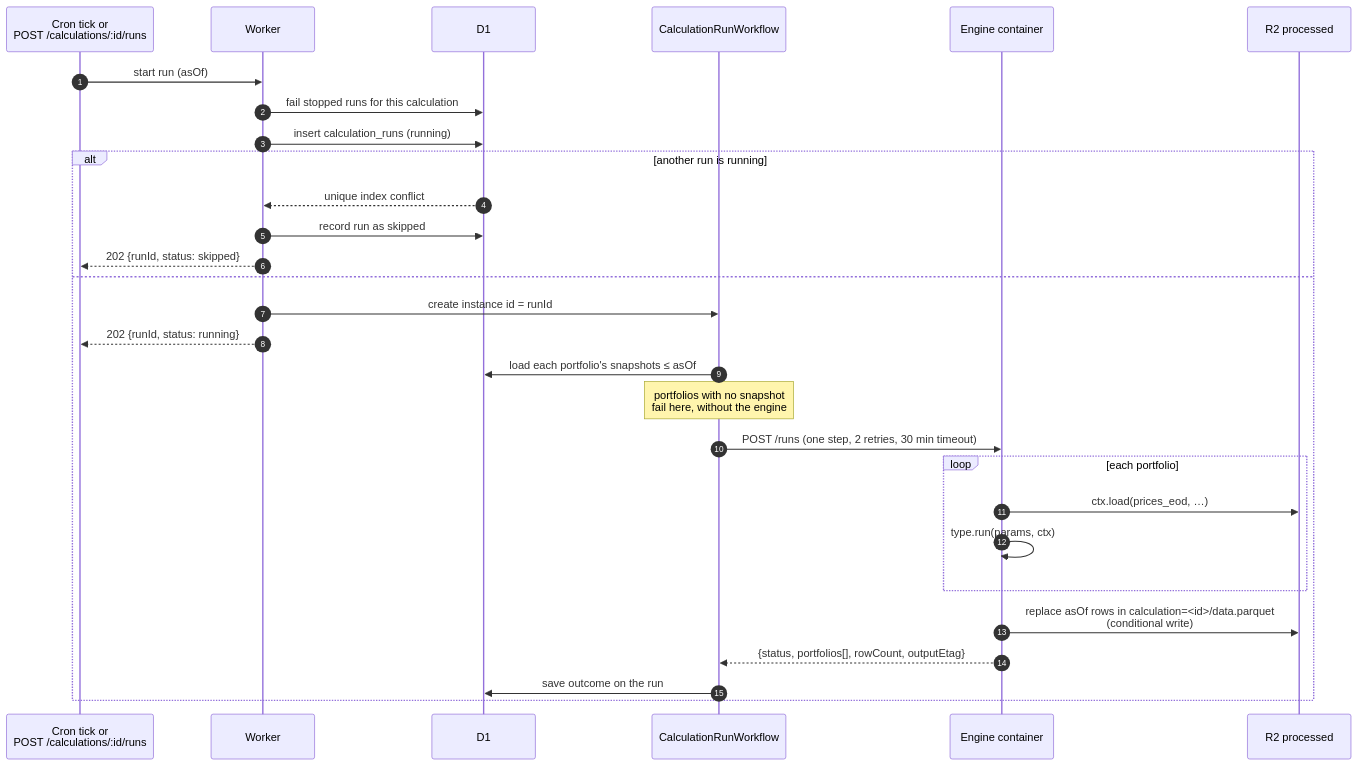
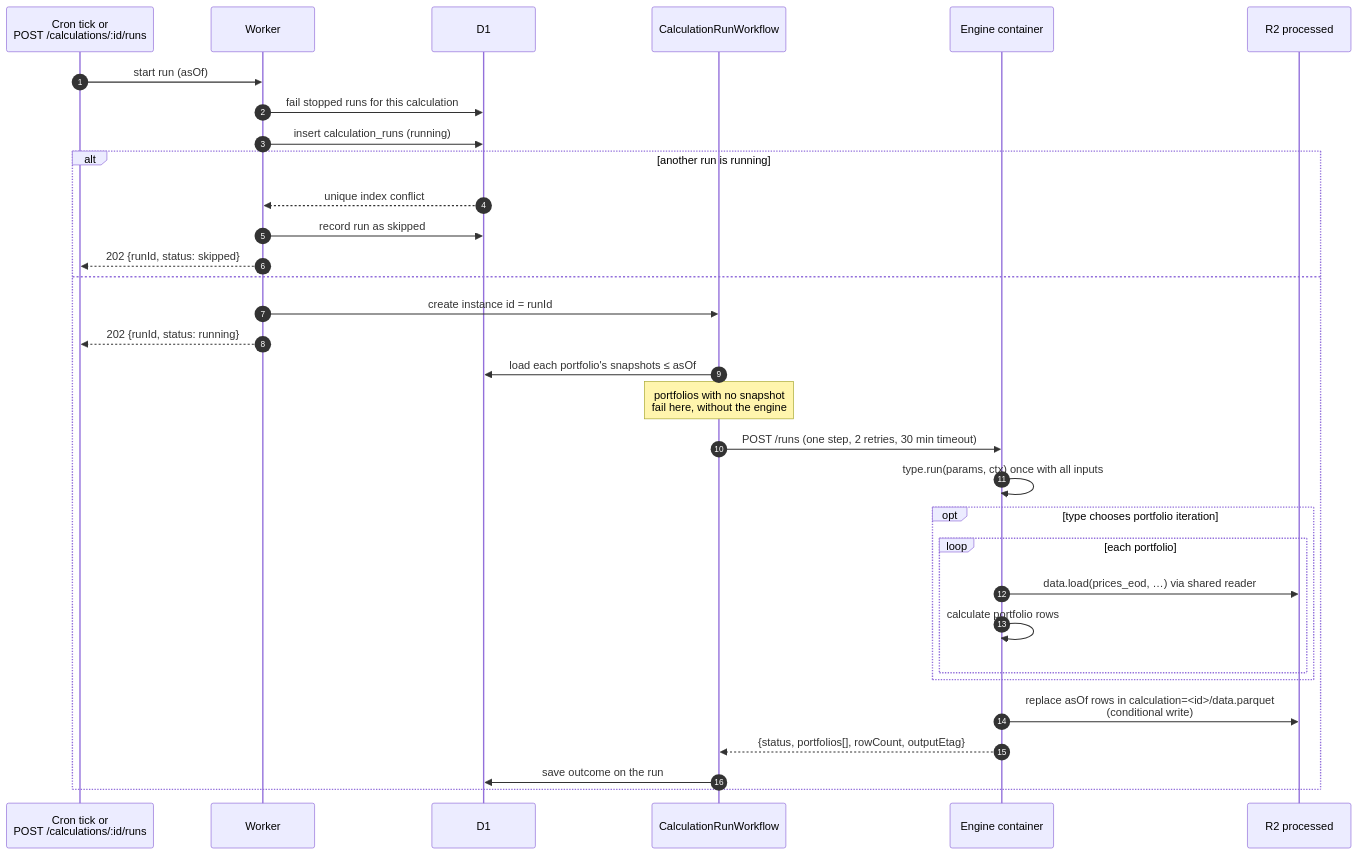
The second of 5 diagrams in docs/src/content/docs/calculations/runs.md (maxime-filippini/data-service), drawn with Mermaid before and after one commit. The commit also changed other lines of this file and 30 other files, not shown here.

````diff
--- a/docs/src/content/docs/calculations/runs.md
+++ b/docs/src/content/docs/calculations/runs.md
@@ -49,32 +49,35 @@
 ```mermaid
 sequenceDiagram
   autonumber
   participant T as Cron tick or<br/>POST /calculations/:id/runs
   participant W as Worker
   participant D1
   participant WF as CalculationRunWorkflow
   participant E as Engine container
   participant R2 as R2 processed
 
   T->>W: start run (asOf)
   W->>D1: fail stopped runs for this calculation
   W->>D1: insert calculation_runs (running)
   alt another run is running
     D1-->>W: unique index conflict
     W->>D1: record run as skipped
     W-->>T: 202 {runId, status: skipped}
   else
     W->>WF: create instance id = runId
     W-->>T: 202 {runId, status: running}
     WF->>D1: load each portfolio's snapshots ≤ asOf
     Note over WF: portfolios with no snapshot<br/>fail here, without the engine
     WF->>E: POST /runs (one step, 2 retries, 30 min timeout)
-    loop each portfolio
-      E->>R2: ctx.load(prices_eod, …)
-      E->>E: type.run(params, ctx)
+    E->>E: type.run(params, ctx) once with all inputs
+    opt type chooses portfolio iteration
+      loop each portfolio
+        E->>R2: data.load(prices_eod, …) via shared reader
+        E->>E: calculate portfolio rows
+      end
     end
     E->>R2: replace asOf rows in calculation=<id>/data.parquet<br/>(conditional write)
     E-->>WF: {status, portfolios[], rowCount, outputEtag}
     WF->>D1: save outcome on the run
   end
 ```
````
